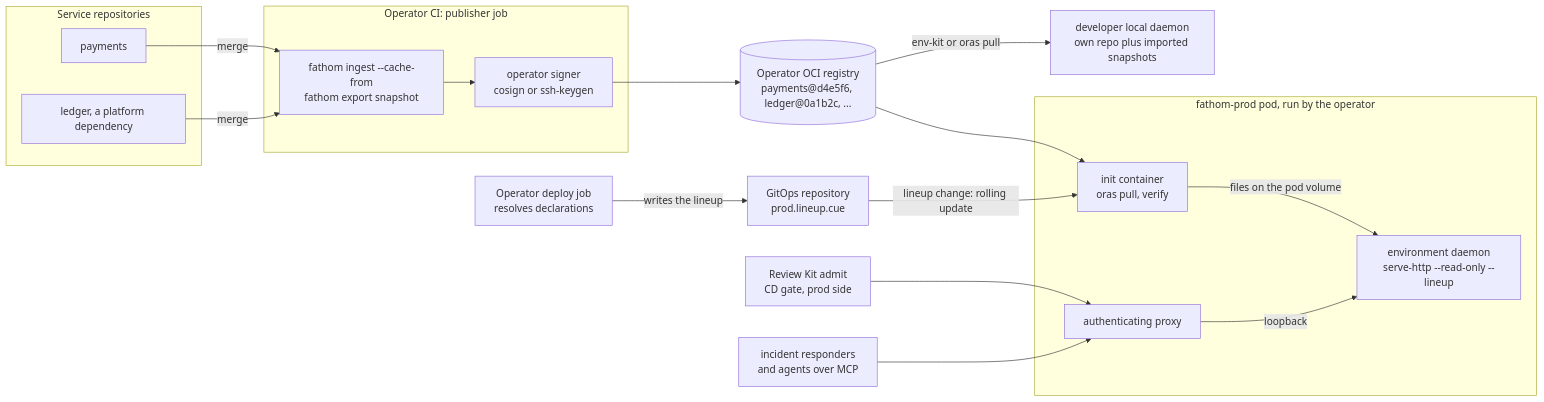
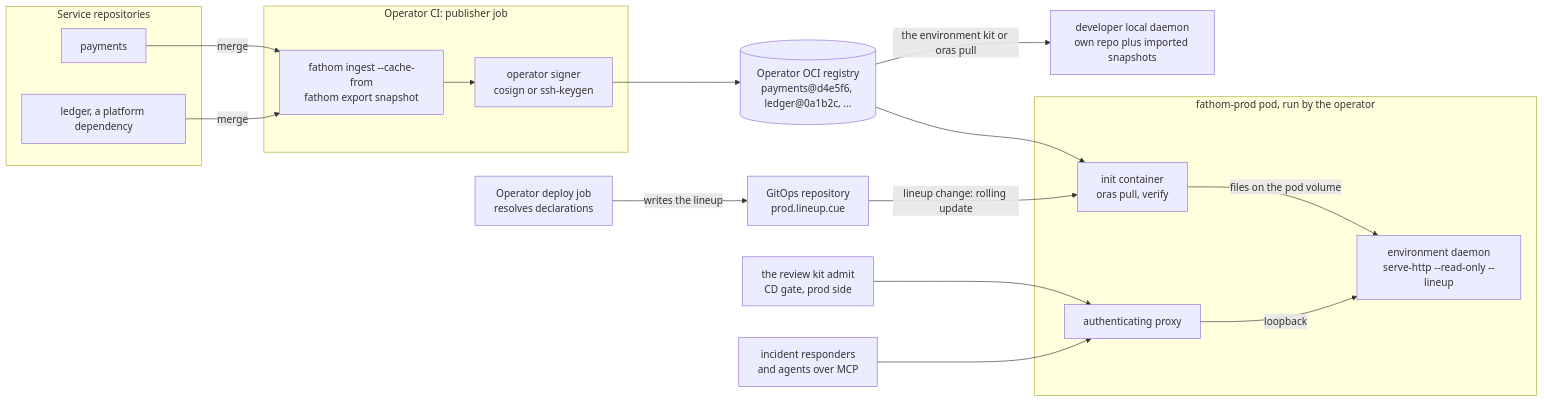
Before and after one commit to GeoffMillerAZ/fathom: the first of 8 diagrams in docs/design/index-snapshots.md, drawn with Mermaid. The commit also changed other lines of this file and 20 other files, not shown here.

````diff
--- a/docs/design/index-snapshots.md
+++ b/docs/design/index-snapshots.md
@@ -217,34 +217,34 @@
 ```mermaid
 flowchart LR
   subgraph repos["Service repositories"]
     R1["payments"]
     R2["ledger, a platform dependency"]
   end
   subgraph ci["Operator CI: publisher job"]
     E["fathom ingest --cache-from<br/>fathom export snapshot"]
     S["operator signer<br/>cosign or ssh-keygen"]
   end
   REG[("Operator OCI registry<br/>payments@d4e5f6, ledger@0a1b2c, ...")]
   DJ["Operator deploy job<br/>resolves declarations"]
   GO["GitOps repository<br/>prod.lineup.cue"]
   subgraph pod["fathom-prod pod, run by the operator"]
     INIT["init container<br/>oras pull, verify"]
     PX["authenticating proxy"]
     ED["environment daemon<br/>serve-http --read-only --lineup"]
   end
-  RK["Review Kit admit<br/>CD gate, prod side"]
+  RK["the review kit admit<br/>CD gate, prod side"]
   IR["incident responders<br/>and agents over MCP"]
   DEV["developer local daemon<br/>own repo plus imported snapshots"]
   R1 -->|merge| E
   R2 -->|merge| E
   E --> S
   S --> REG
   DJ -->|"writes the lineup"| GO
   GO -->|"lineup change: rolling update"| INIT
   REG --> INIT
   INIT -->|"files on the pod volume"| ED
-  REG -->|"env-kit or oras pull"| DEV
+  REG -->|"the environment kit or oras pull"| DEV
   RK --> PX
   IR --> PX
   PX -->|loopback| ED
 ```
````
